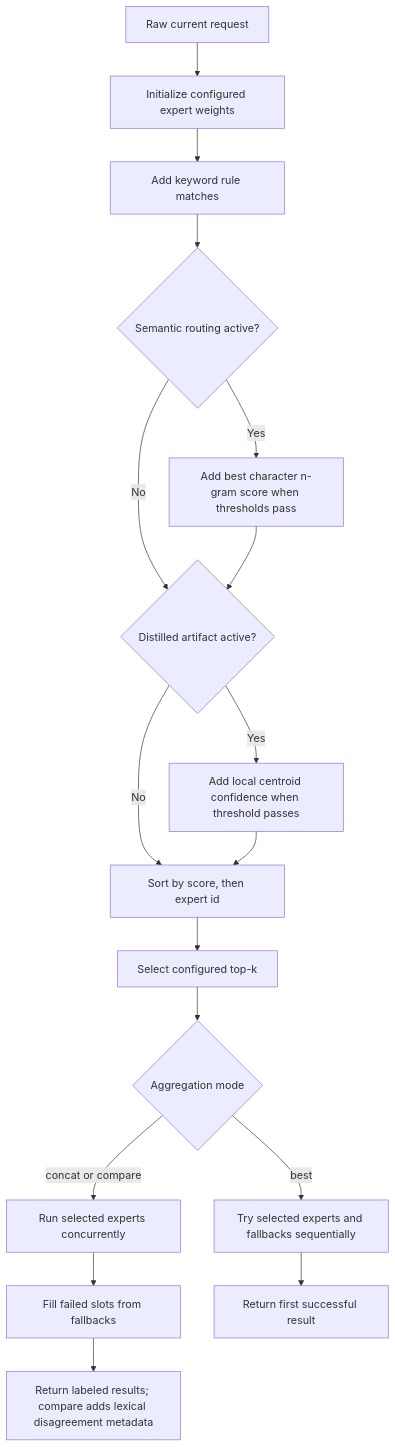
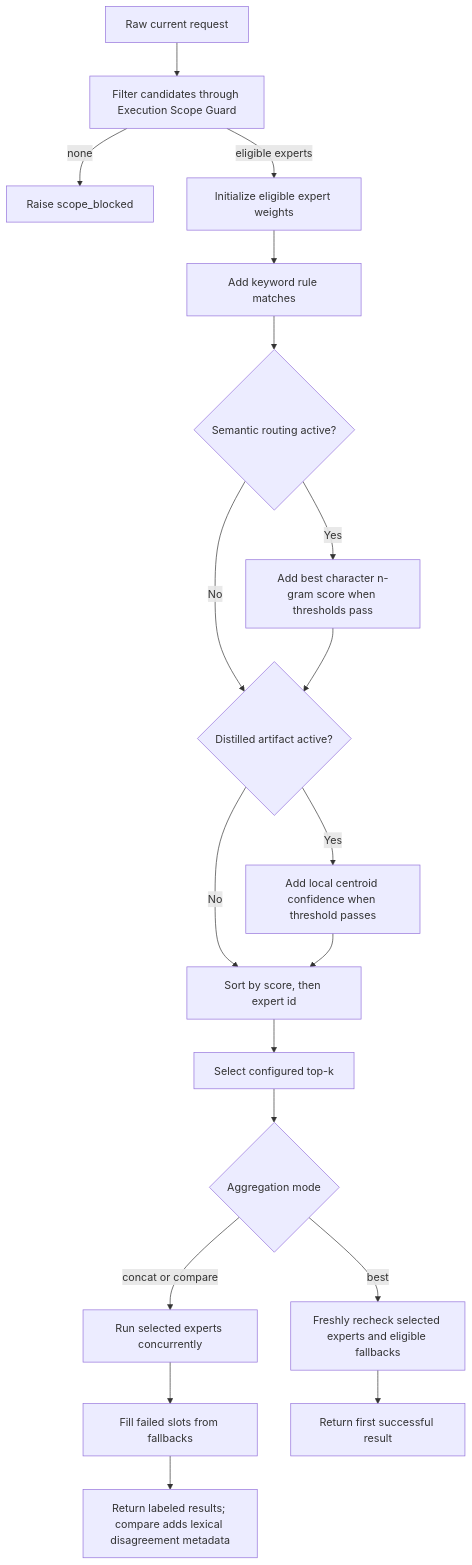
Before and after one commit to aantenore/myMoE: the diagram in docs/router.md, drawn with Mermaid. The commit also changed other lines of this file and 19 other files, not shown here.

Commit message:
docs: define execution scope contract

````diff
--- a/docs/router.md
+++ b/docs/router.md
@@ -58,19 +61,21 @@
 ```mermaid
 flowchart TD
-  P["Raw current request"] --> B["Initialize configured expert weights"]
+  P["Raw current request"] --> G["Filter candidates through Execution Scope Guard"]
+  G -->|"none"| X["Raise scope_blocked"]
+  G -->|"eligible experts"| B["Initialize eligible expert weights"]
   B --> K["Add keyword rule matches"]
   K --> S{"Semantic routing active?"}
   S -->|"Yes"| N["Add best character n-gram score when thresholds pass"]
   S -->|"No"| D
   N --> D{"Distilled artifact active?"}
   D -->|"Yes"| C["Add local centroid confidence when threshold passes"]
   D -->|"No"| R
   C --> R["Sort by score, then expert id"]
   R --> T["Select configured top-k"]
   T --> A{"Aggregation mode"}
-  A -->|"best"| E["Try selected experts and fallbacks sequentially"]
+  A -->|"best"| E["Freshly recheck selected experts and eligible fallbacks"]
   A -->|"concat or compare"| M["Run selected experts concurrently"]
   M --> F["Fill failed slots from fallbacks"]
   E --> O["Return first successful result"]
   F --> O2["Return labeled results; compare adds lexical disagreement metadata"]
 ```
````
